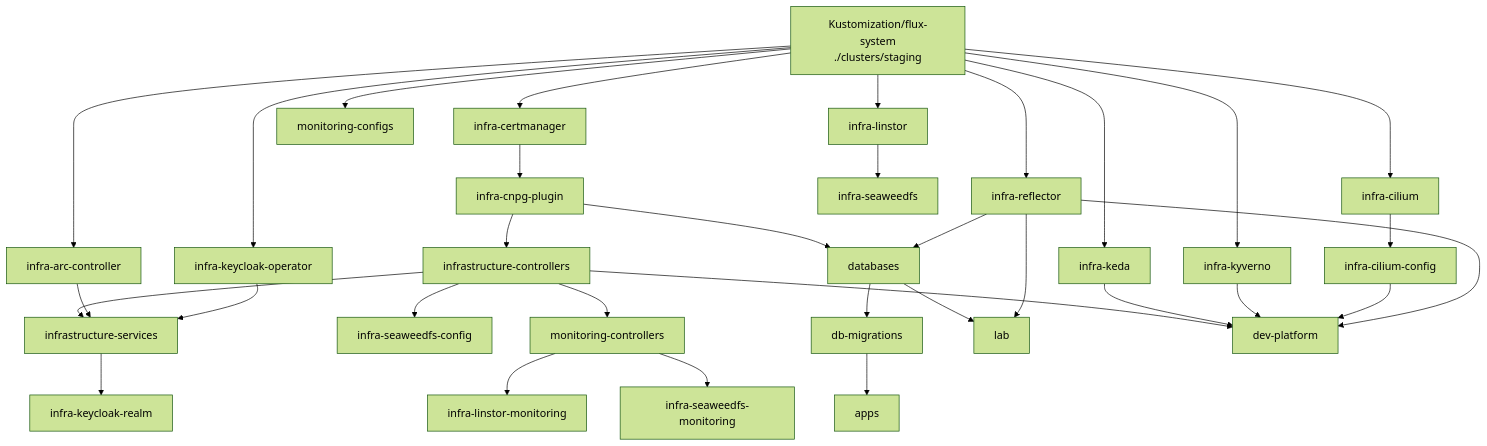
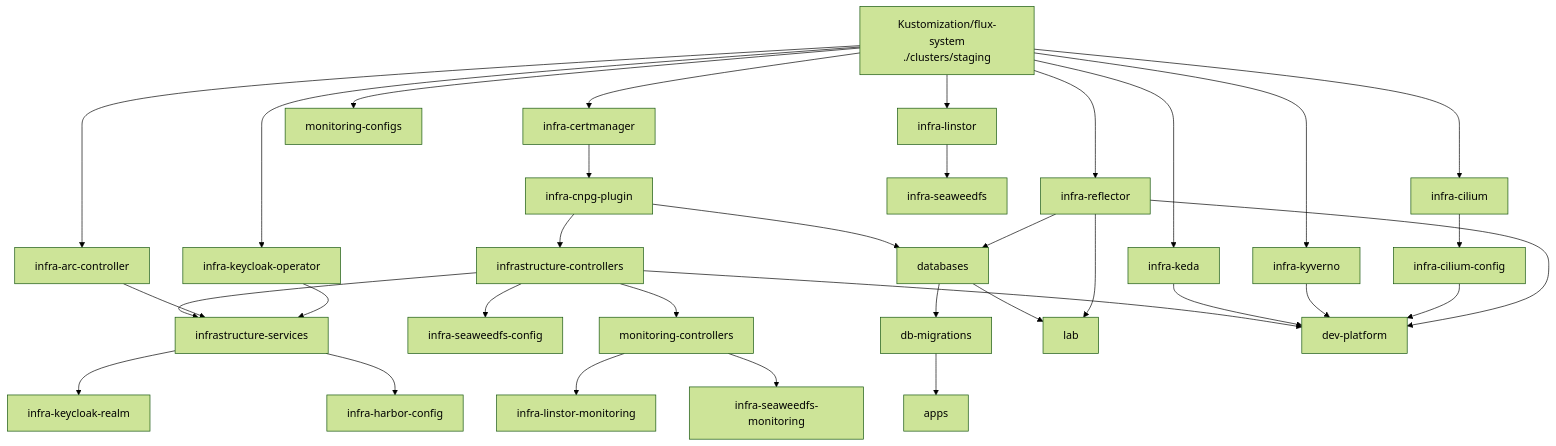
The diagram in clusters/README.md (eliorion/homelab_v1), drawn with Mermaid (forest theme) before and after one commit. The commit also changed other lines of this file and 11 other files, not shown here.

````diff
--- a/clusters/README.md
+++ b/clusters/README.md
@@ -214,41 +217,42 @@
 ```mermaid
 flowchart TD
     root["Kustomization/flux-system\n./clusters/staging"]
 
     root --> cm["infra-certmanager"]
     root --> arc["infra-arc-controller"]
     root --> cil["infra-cilium"]
     root --> refl["infra-reflector"]
     root --> keda["infra-keda"]
     root --> kyv["infra-kyverno"]
     root --> kco["infra-keycloak-operator"]
     root --> lin["infra-linstor"]
     root --> moncfg["monitoring-configs"]
 
     cm --> plugin["infra-cnpg-plugin"]
     cil --> cilcfg["infra-cilium-config"]
     lin --> sw["infra-seaweedfs"]
     plugin --> ctrl["infrastructure-controllers"]
     ctrl --> svc["infrastructure-services"]
     arc --> svc
     kco --> svc
     svc --> realm["infra-keycloak-realm"]
+    svc --> harborcfg["infra-harbor-config"]
     ctrl --> swcfg["infra-seaweedfs-config"]
 
     ctrl --> mon["monitoring-controllers"]
     mon --> linmon["infra-linstor-monitoring"]
     mon --> swmon["infra-seaweedfs-monitoring"]
 
     plugin --> db["databases"]
     refl --> db
     db --> mig["db-migrations"]
     mig --> apps["apps"]
     db --> lab["lab"]
     refl --> lab
 
     ctrl --> e2e["dev-platform"]
     keda --> e2e
     kyv --> e2e
     cilcfg --> e2e
     refl --> e2e
 ```
````
